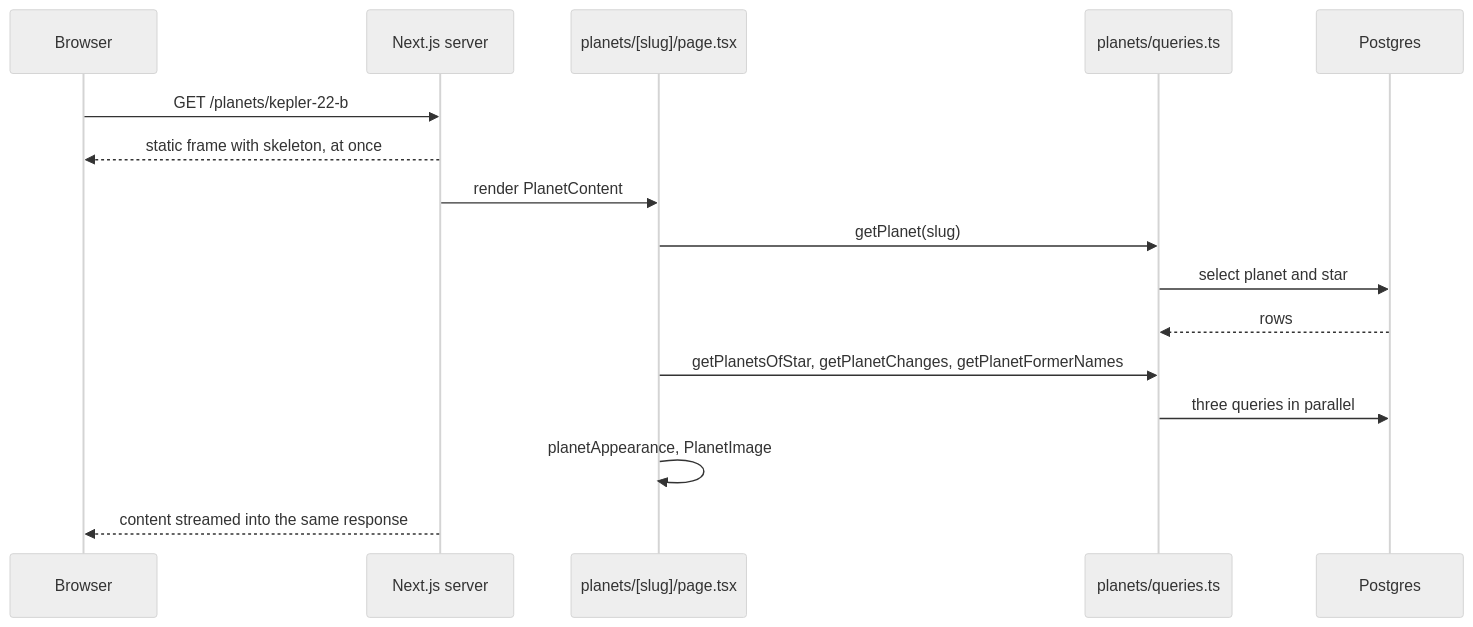
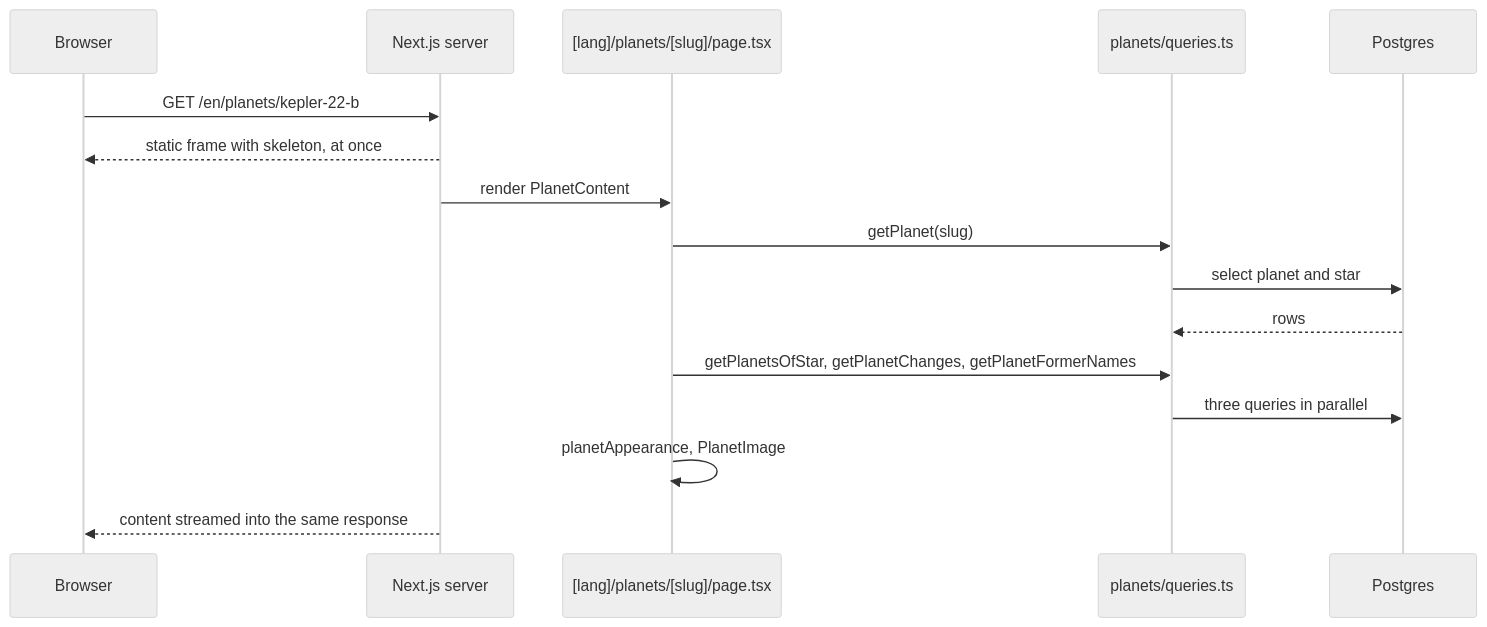
Before and after one commit to tomdevtech/ExoFinder: the eighth of 13 diagrams in docs/ARCHITECTURE.md, drawn with Mermaid (neutral theme). The commit also changed other lines of this file and 123 other files, not shown here.

````diff
--- a/docs/ARCHITECTURE.md
+++ b/docs/ARCHITECTURE.md
@@ -429,19 +440,19 @@
 ```mermaid
 sequenceDiagram
     participant B as Browser
     participant N as Next.js server
-    participant P as planets/[slug]/page.tsx
+    participant P as [lang]/planets/[slug]/page.tsx
     participant Q as planets/queries.ts
     participant DB as Postgres
 
-    B->>N: GET /planets/kepler-22-b
+    B->>N: GET /en/planets/kepler-22-b
     N-->>B: static frame with skeleton, at once
     N->>P: render PlanetContent
     P->>Q: getPlanet(slug)
     Q->>DB: select planet and star
     DB-->>Q: rows
     P->>Q: getPlanetsOfStar, getPlanetChanges, getPlanetFormerNames
     Q->>DB: three queries in parallel
     P->>P: planetAppearance, PlanetImage
     N-->>B: content streamed into the same response
 ```
````
